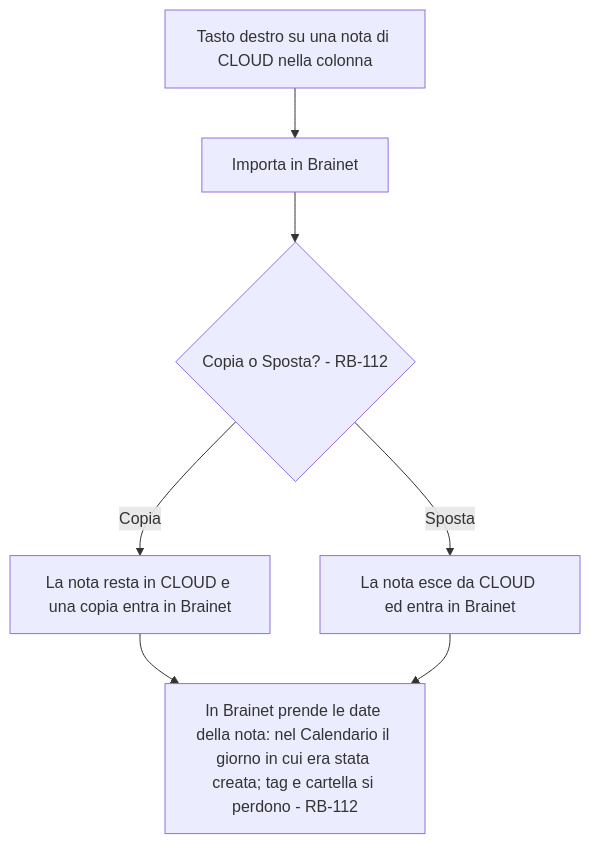
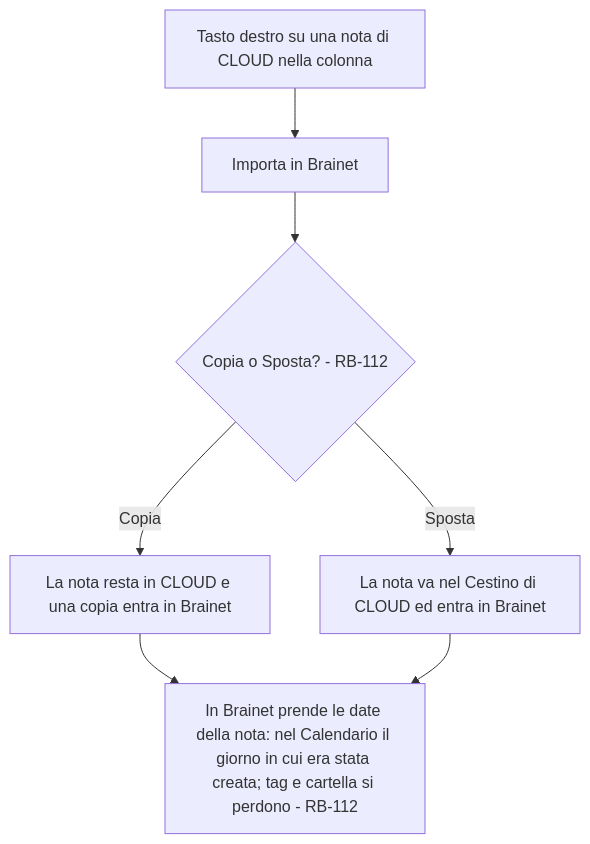
Before and after one commit to Helmutsti/MemoDu: the seventh of 7 diagrams in docs/moduli/net/2-flussi.md, drawn with Mermaid. The commit also changed other lines of this file and 2 other files, not shown here.

Commit message:
RF-18: Sposta manda la nota nel Cestino

````diff
--- a/docs/moduli/net/2-flussi.md
+++ b/docs/moduli/net/2-flussi.md
@@ -169,9 +169,9 @@
 ```mermaid
 flowchart TD
     A[Tasto destro su una nota di CLOUD nella colonna] --> B[Importa in Brainet]
     B --> C{Copia o Sposta? - RB-112}
     C -- Copia --> D[La nota resta in CLOUD e una copia entra in Brainet]
-    C -- Sposta --> E[La nota esce da CLOUD ed entra in Brainet]
+    C -- Sposta --> E[La nota va nel Cestino di CLOUD ed entra in Brainet]
     D --> F[In Brainet prende le date della nota: nel Calendario il giorno in cui era stata creata; tag e cartella si perdono - RB-112]
     E --> F
 ```
````
